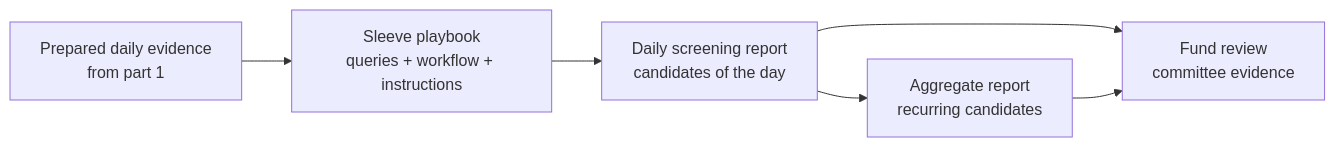
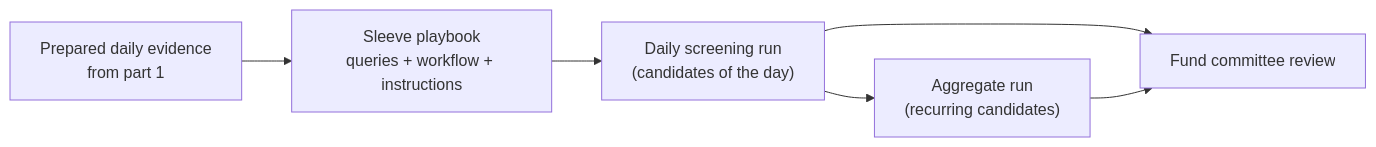
The diagram in _blog/_posts/2026-04-24-messy-virgo-screening-daily-runs-aggregates-and-configurable-playbooks.md (messyvirgo-coin/messyvirgo-com), drawn with Mermaid before and after one commit. The commit also changed other lines of this file and 1 other file, not shown here.

Commit message:
refactor(blog): update description and structure of screening process post

````diff
--- a/_blog/_posts/2026-04-24-messy-virgo-screening-daily-runs-aggregates-and-configurable-playbooks.md
+++ b/_blog/_posts/2026-04-24-messy-virgo-screening-daily-runs-aggregates-and-configurable-playbooks.md
@@ -117,14 +50,14 @@
 ```mermaid
 flowchart LR
   Prep["Prepared daily evidence\nfrom part 1"]
   Playbook["Sleeve playbook\nqueries + workflow + instructions"]
-  Daily["Daily screening report\ncandidates of the day"]
-  Aggregate["Aggregate report\nrecurring candidates"]
-  Committee["Fund review\ncommittee evidence"]
+  Daily["Daily screening run\n(candidates of the day)"]
+  Aggregate["Aggregate run\n(recurring candidates)"]
+  Committee["Fund committee review"]
 
   Prep --> Playbook
   Playbook --> Daily
   Daily --> Aggregate
   Daily --> Committee
   Aggregate --> Committee
 ```
````
